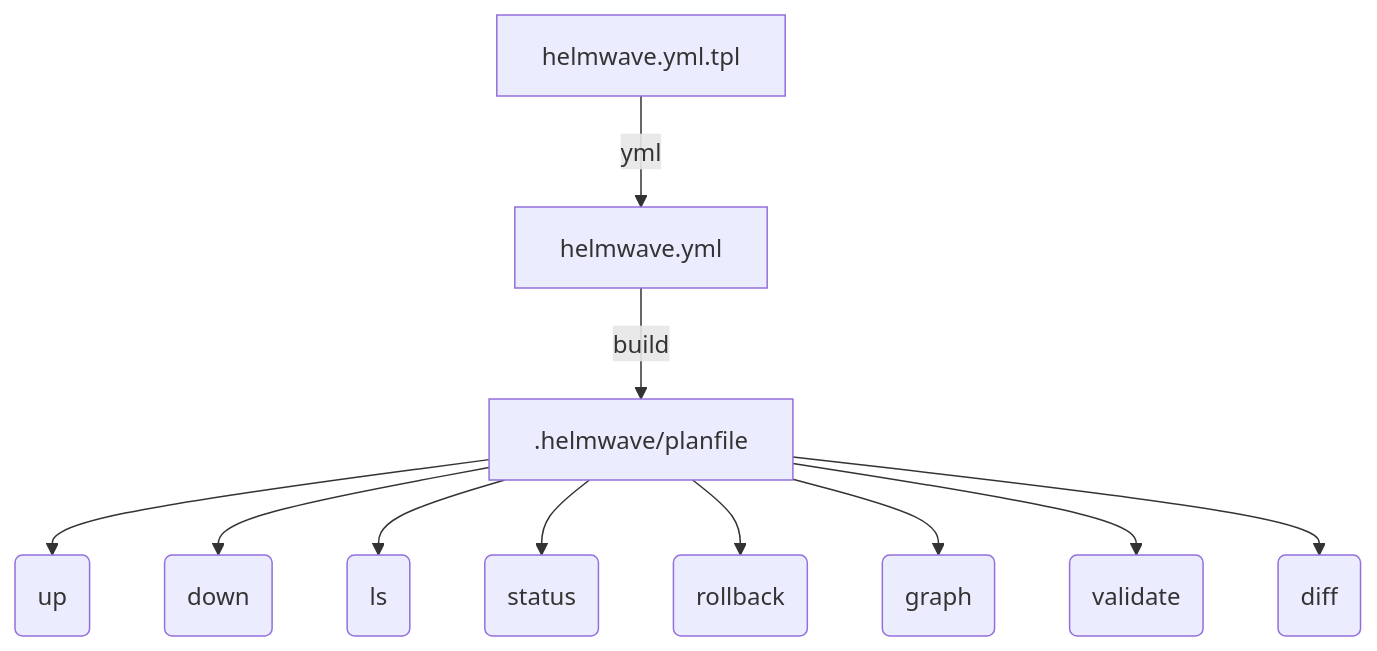
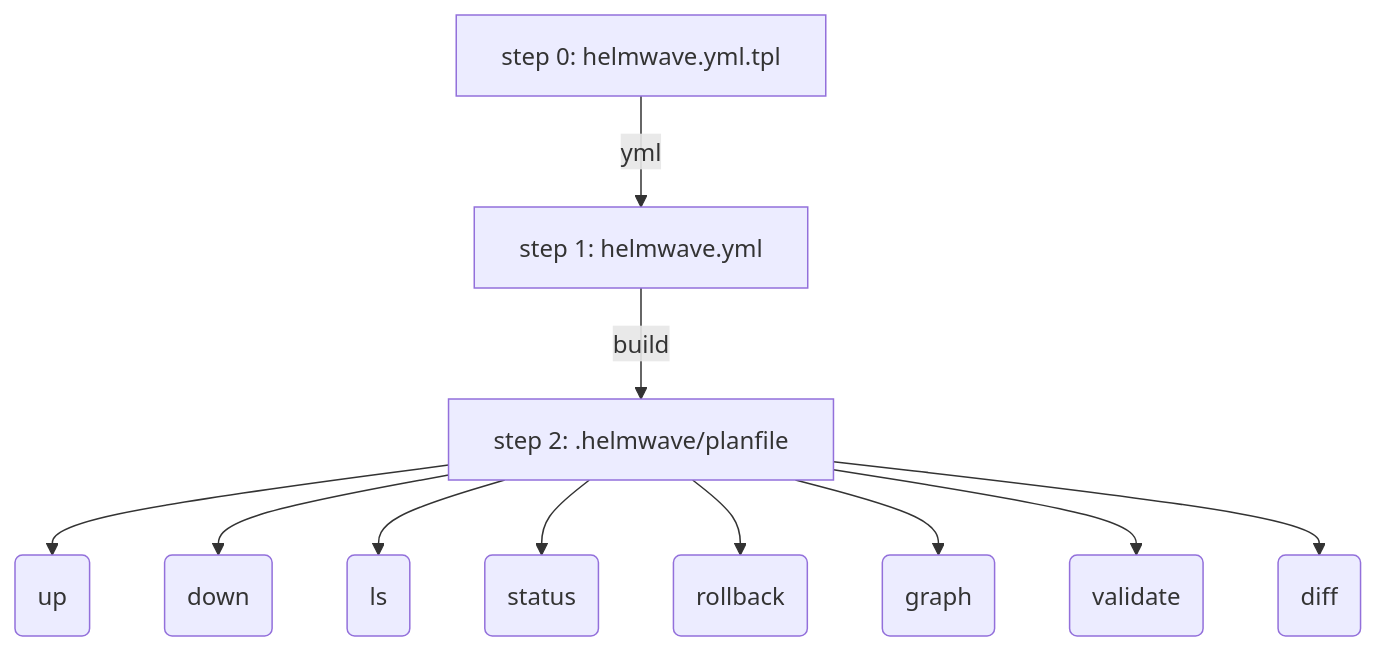
The diagram in docs/cli.md (helmwave/docs), drawn with Mermaid before and after one commit. The commit also changed other lines of this file and 52 other files, not shown here.

````diff
--- a/docs/cli.md
+++ b/docs/cli.md
@@ -48,12 +9,12 @@
     ```mermaid
     flowchart TD
-        helmwave.yml.tpl -- yml --> helmwave.yml -- build --> .helmwave/planfile
-        .helmwave/planfile --> up(up)
-        .helmwave/planfile --> down(down)
-        .helmwave/planfile --> ls(ls)
-        .helmwave/planfile --> s(status)
-        .helmwave/planfile --> r(rollback)
-        .helmwave/planfile --> g(graph)
-        .helmwave/planfile --> v(validate)
-        .helmwave/planfile --> diff(diff)
+        step0[step 0: helmwave.yml.tpl] -- yml --> step1[step 1: helmwave.yml] -- build --> step2[step 2: .helmwave/planfile]
+        step2 --> up(up)
+        step2 --> down(down)
+        step2 --> ls(ls)
+        step2 --> s(status)
+        step2 --> r(rollback)
+        step2 --> g(graph)
+        step2 --> v(validate)
+        step2 --> diff(diff)
     ```
````
